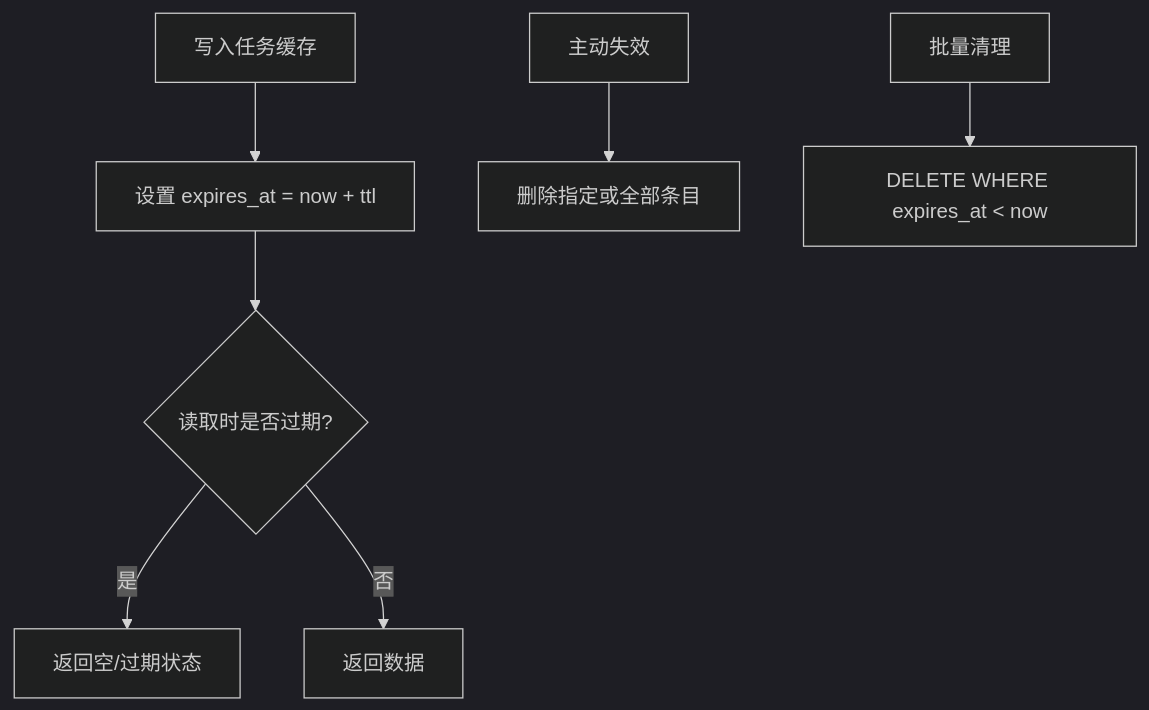
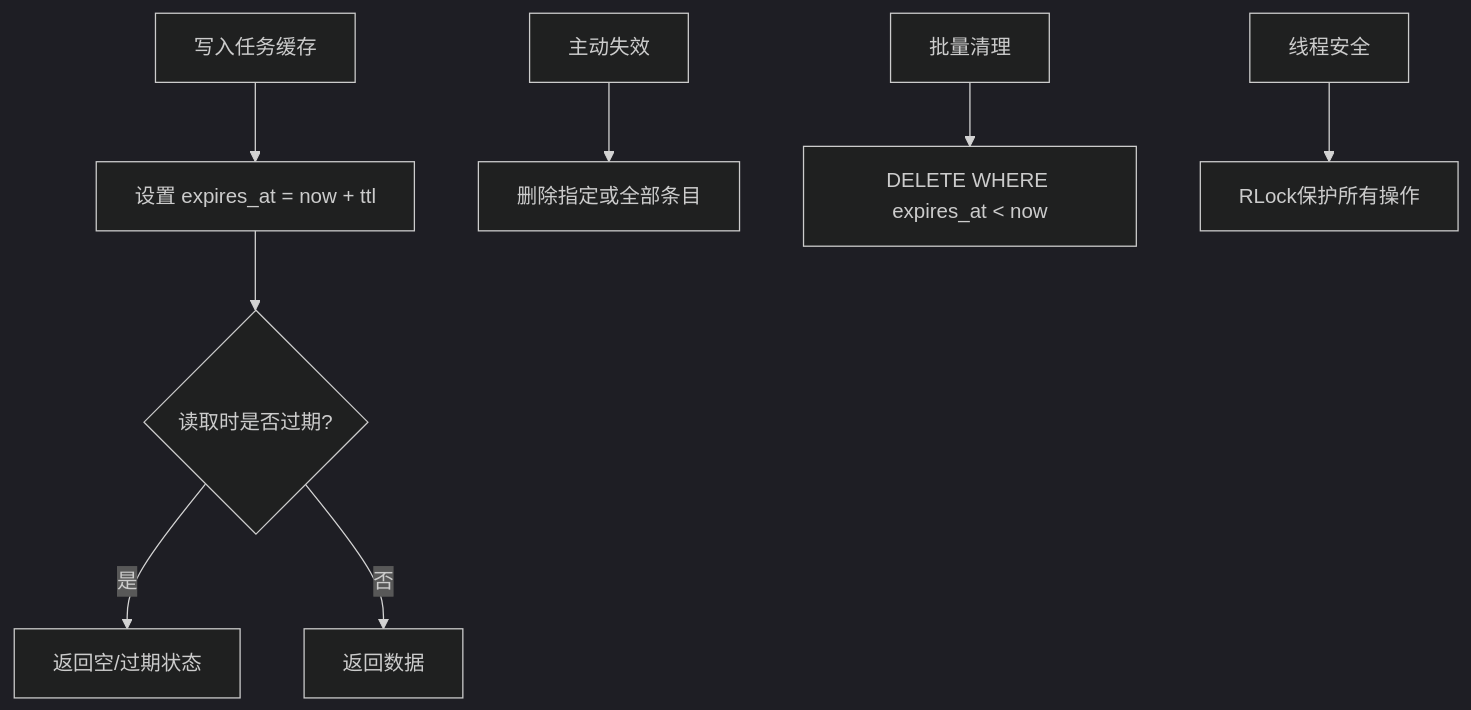
The eighth of 8 diagrams in .qoder/repowiki/zh/content/存储管理系统/缓存管理系统.md (boyingliu01/fault-review-analyzer), drawn with Mermaid (dark theme) before and after one commit. The commit also changed other lines of this file and 123 other files, not shown here.

````diff
--- a/.qoder/repowiki/zh/content/存储管理系统/缓存管理系统.md
+++ b/.qoder/repowiki/zh/content/存储管理系统/缓存管理系统.md
@@ -370,9 +392,10 @@
 ```mermaid
 flowchart TD
 A["写入任务缓存"] --> B["设置 expires_at = now + ttl"]
 B --> C{"读取时是否过期?"}
 C -- 是 --> D["返回空/过期状态"]
 C -- 否 --> E["返回数据"]
 F["主动失效"] --> G["删除指定或全部条目"]
 H["批量清理"] --> I["DELETE WHERE expires_at < now"]
+J["线程安全"] --> K["RLock保护所有操作"]
 ```
````
